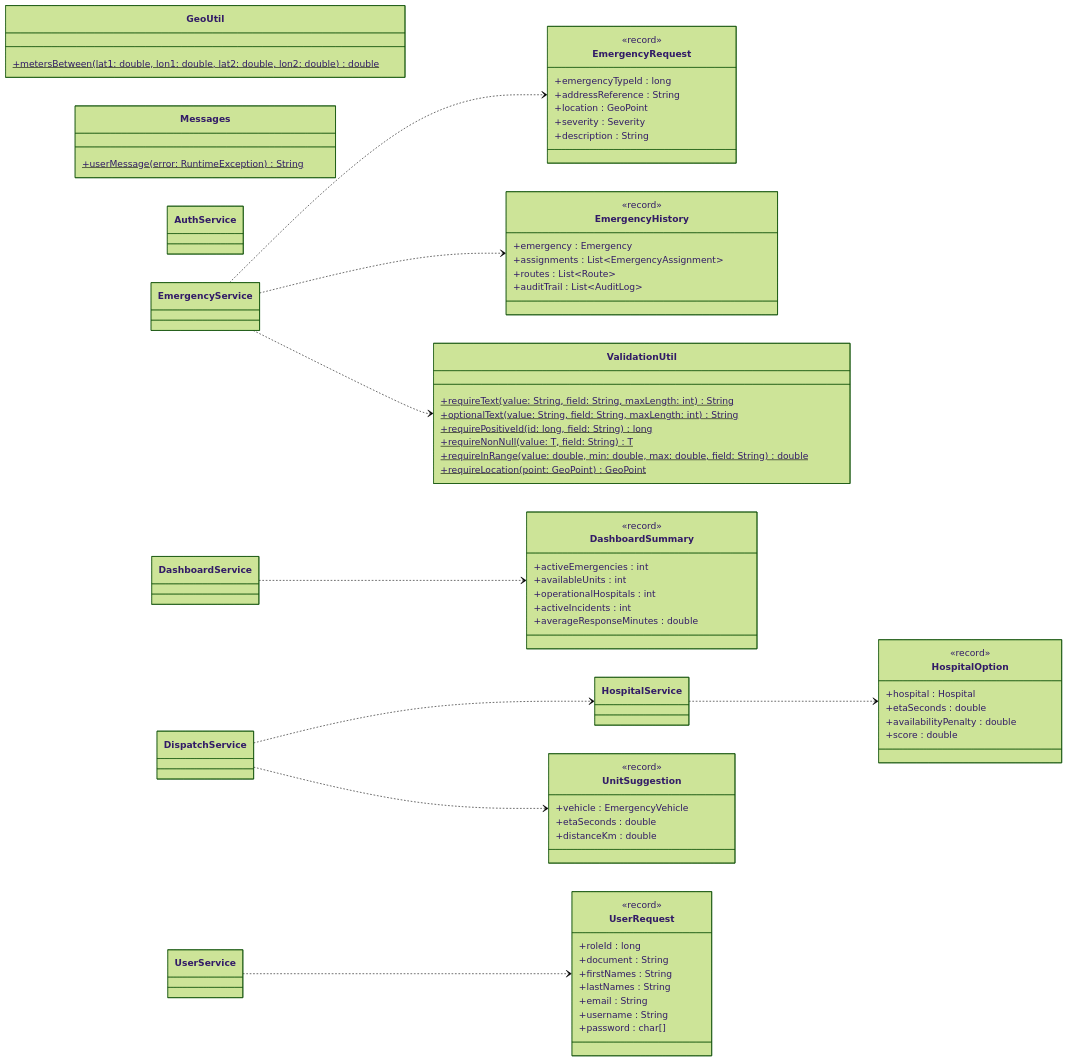
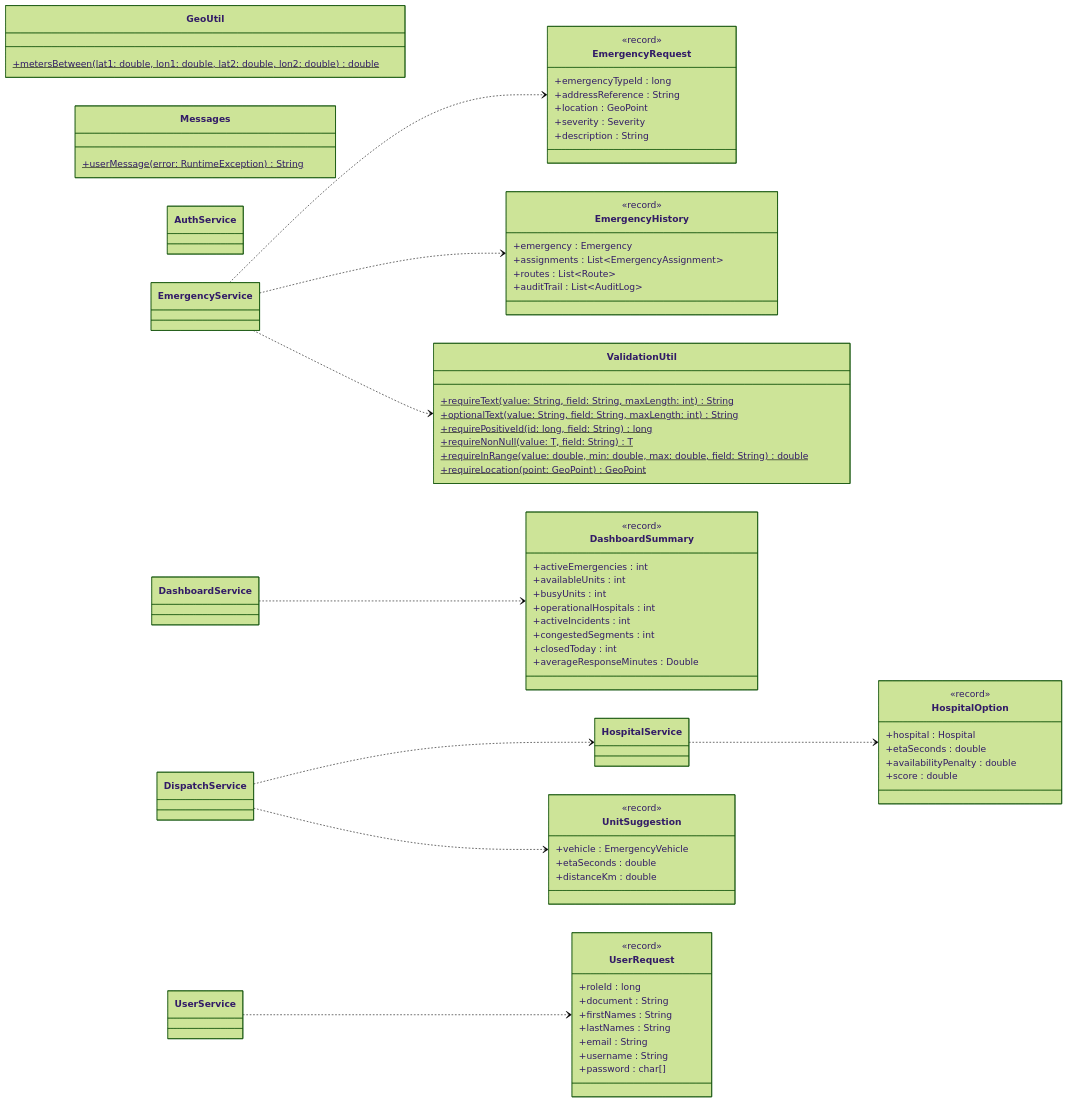
Diagram 16 of 24 in docs/class-diagram.md (afzabaleta/RutaVida), drawn with Mermaid (forest theme) before and after one commit. The commit also changed other lines of this file and 2 other files, not shown here.

```diff
--- a/docs/class-diagram.md
+++ b/docs/class-diagram.md
@@ -1161,9 +1158,12 @@
         <<record>>
         +activeEmergencies : int
         +availableUnits : int
+        +busyUnits : int
         +operationalHospitals : int
         +activeIncidents : int
-        +averageResponseMinutes : double
+        +congestedSegments : int
+        +closedToday : int
+        +averageResponseMinutes : Double
     }
     class UserRequest {
         <<record>>
```
